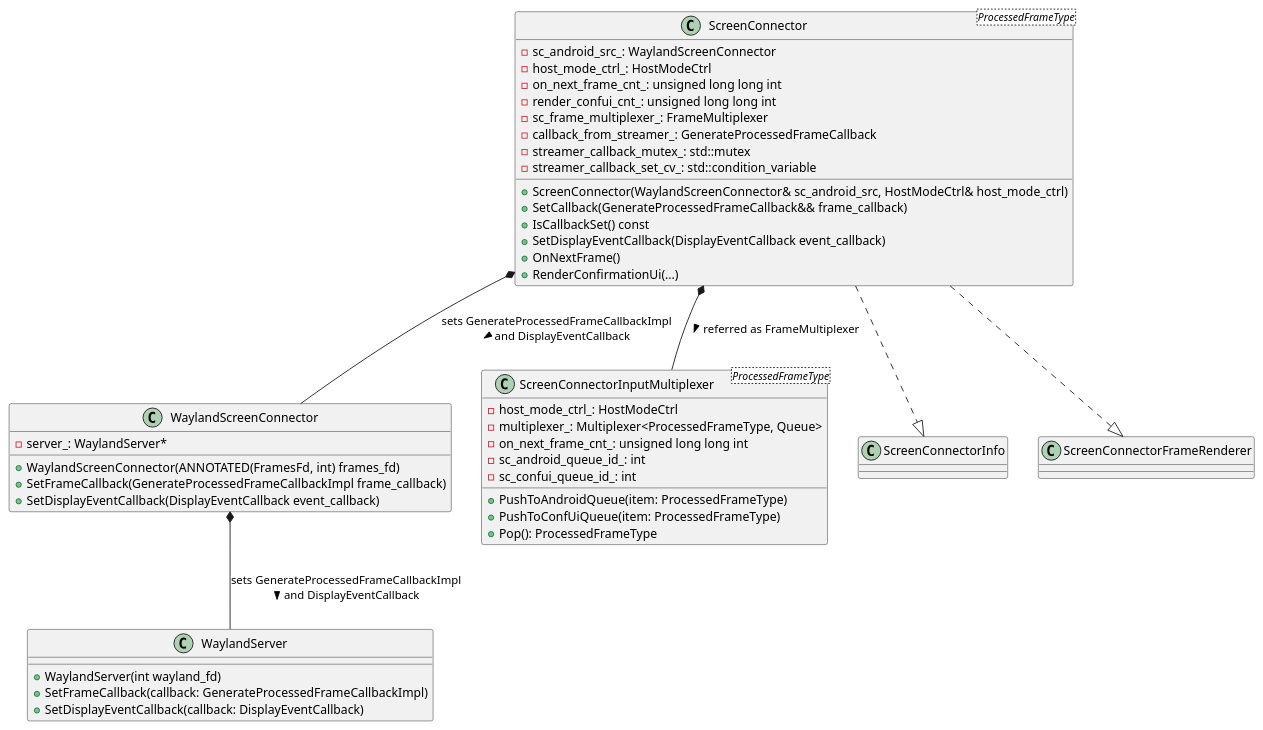
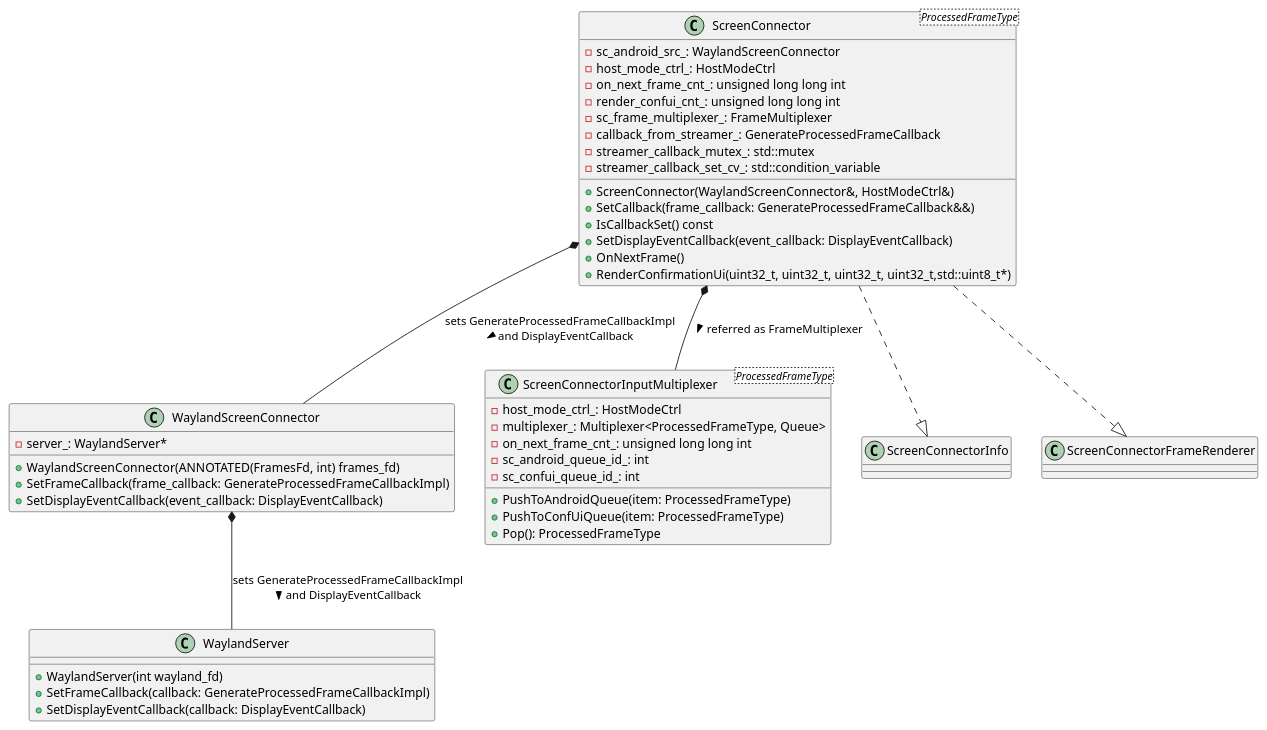
The diagram in screen_connector_diagram.puml (dmitvitalii/cf_diagrams), drawn with PlantUML before and after one commit. The commit also changed 2 other files, not shown here.

```diff
--- a/screen_connector_diagram.puml
+++ b/screen_connector_diagram.puml
@@ -1,53 +1,53 @@
 @startuml
 
 class WaylandScreenConnector {
   -server_: WaylandServer*
   +WaylandScreenConnector(ANNOTATED(FramesFd, int) frames_fd)
-  +SetFrameCallback(GenerateProcessedFrameCallbackImpl frame_callback)
-  +SetDisplayEventCallback(DisplayEventCallback event_callback)
+  +SetFrameCallback(frame_callback: GenerateProcessedFrameCallbackImpl)
+  +SetDisplayEventCallback(event_callback: DisplayEventCallback)
 }
 
 class WaylandServer {
   +WaylandServer(int wayland_fd)
   +SetFrameCallback(callback: GenerateProcessedFrameCallbackImpl)
   +SetDisplayEventCallback(callback: DisplayEventCallback)
 }
 
 class ScreenConnector<ProcessedFrameType> {
   -sc_android_src_: WaylandScreenConnector
   -host_mode_ctrl_: HostModeCtrl
   -on_next_frame_cnt_: unsigned long long int
   -render_confui_cnt_: unsigned long long int
   -sc_frame_multiplexer_: FrameMultiplexer
   -callback_from_streamer_: GenerateProcessedFrameCallback
   -streamer_callback_mutex_: std::mutex
   -streamer_callback_set_cv_: std::condition_variable
-  +ScreenConnector(WaylandScreenConnector& sc_android_src, HostModeCtrl& host_mode_ctrl)
-  +SetCallback(GenerateProcessedFrameCallback&& frame_callback)
+  +ScreenConnector(WaylandScreenConnector&, HostModeCtrl&)
+  +SetCallback(frame_callback: GenerateProcessedFrameCallback&&)
   +IsCallbackSet() const
-  +SetDisplayEventCallback(DisplayEventCallback event_callback)
+  +SetDisplayEventCallback(event_callback: DisplayEventCallback)
   +OnNextFrame()
-  +RenderConfirmationUi(...)
+  +RenderConfirmationUi(uint32_t, uint32_t, uint32_t, uint32_t,std::uint8_t*)
 }
 
 class ScreenConnectorInputMultiplexer<ProcessedFrameType> {
   - host_mode_ctrl_: HostModeCtrl
   - multiplexer_: Multiplexer<ProcessedFrameType, Queue>
   - on_next_frame_cnt_: unsigned long long int
   - sc_android_queue_id_: int
   - sc_confui_queue_id_: int
   + PushToAndroidQueue(item: ProcessedFrameType)
   + PushToConfUiQueue(item: ProcessedFrameType)
   + Pop(): ProcessedFrameType
 }
 
 
 ScreenConnector ..|> ScreenConnectorInfo
 ScreenConnector ..|> ScreenConnectorFrameRenderer
 
 ScreenConnector *-- ScreenConnectorInputMultiplexer : referred as FrameMultiplexer >
 
 ScreenConnector *-- WaylandScreenConnector : sets GenerateProcessedFrameCallbackImpl\nand DisplayEventCallback >
 WaylandScreenConnector *-- WaylandServer : sets GenerateProcessedFrameCallbackImpl\nand DisplayEventCallback >
 
 @enduml
```
